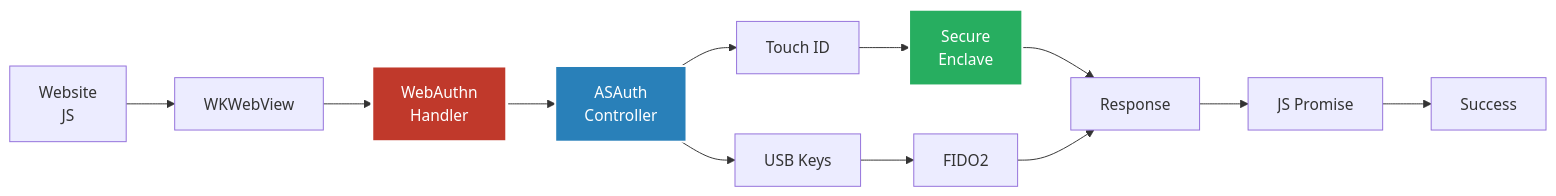
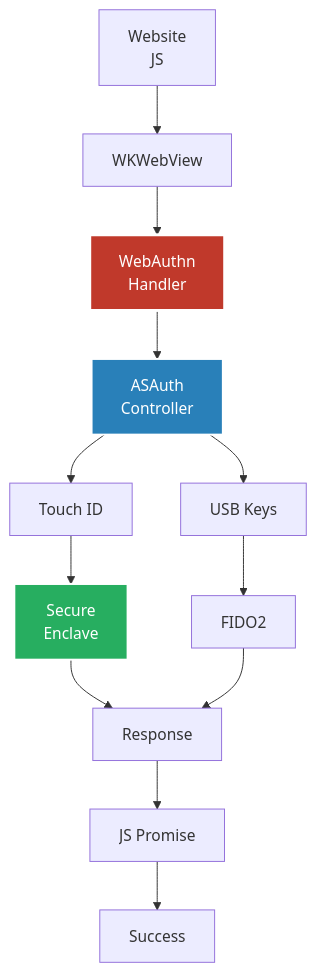
The sixth of 7 diagrams in README.md (webauthnai/Web-Man), drawn with Mermaid before and after one commit. The commit also changed other lines of this file, not shown here.

````diff
--- a/README.md
+++ b/README.md
@@ -288,21 +288,21 @@
 ```mermaid
-graph LR
+graph TB
     A[Website<br/>JS] --> B[WKWebView]
     B --> C[WebAuthn<br/>Handler]
     C --> D[ASAuth<br/>Controller]
     
     D --> E[Touch ID]
     D --> F[USB Keys]
     
     E --> G[Secure<br/>Enclave]
     F --> H[FIDO2]
     
     G --> I[Response]
     H --> I
     I --> J[JS Promise]
     J --> K[Success]
     
     style C fill:#c0392b,stroke:#fff,stroke-width:3px,color:#fff
     style D fill:#2980b9,stroke:#fff,stroke-width:2px,color:#fff
     style G fill:#27ae60,stroke:#fff,stroke-width:2px,color:#fff
 ```
````
